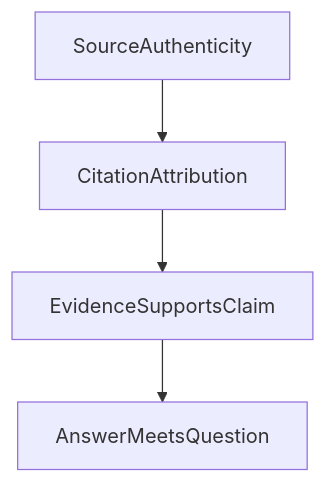
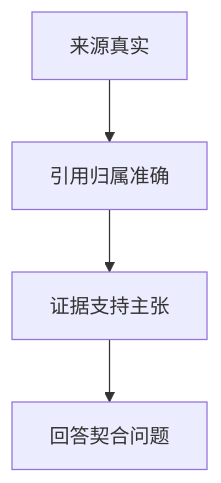
The diagram in articles/ai-citations-do-not-prove-reliability.md (hpoenixf/eff-agent-article), drawn with Mermaid before and after one commit. The commit also changed 52 other files, not shown here.

Commit message:
docs: localize diagrams and clarify flagship guides

````diff
--- a/articles/ai-citations-do-not-prove-reliability.md
+++ b/articles/ai-citations-do-not-prove-reliability.md
@@ -22,6 +22,6 @@
 ```mermaid
 graph TD
-SourceAuthenticity --> CitationAttribution
-CitationAttribution --> EvidenceSupportsClaim
-EvidenceSupportsClaim --> AnswerMeetsQuestion
+SourceAuthenticity["来源真实"] --> CitationAttribution["引用归属准确"]
+CitationAttribution --> EvidenceSupportsClaim["证据支持主张"]
+EvidenceSupportsClaim --> AnswerMeetsQuestion["回答契合问题"]
 ```
````
